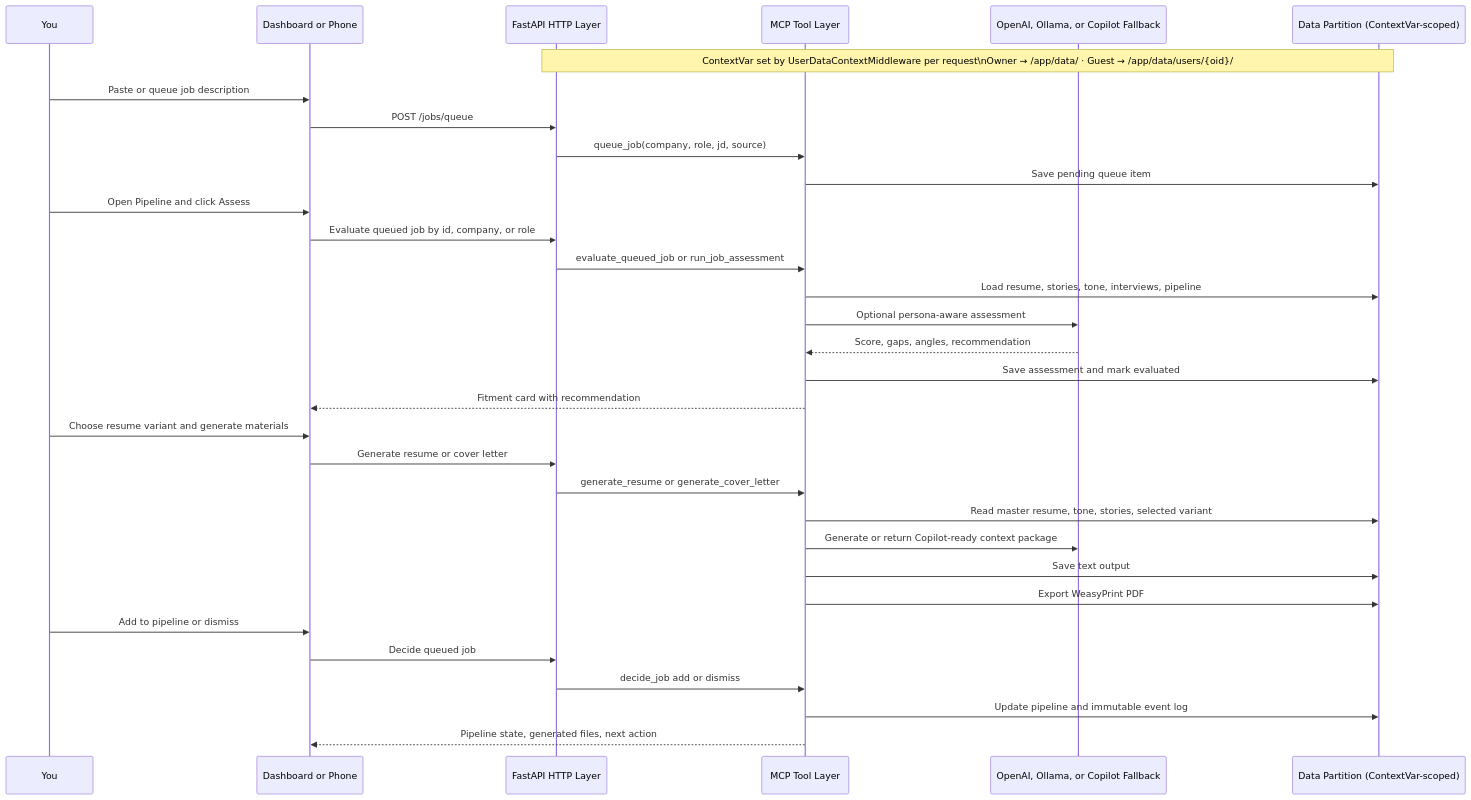
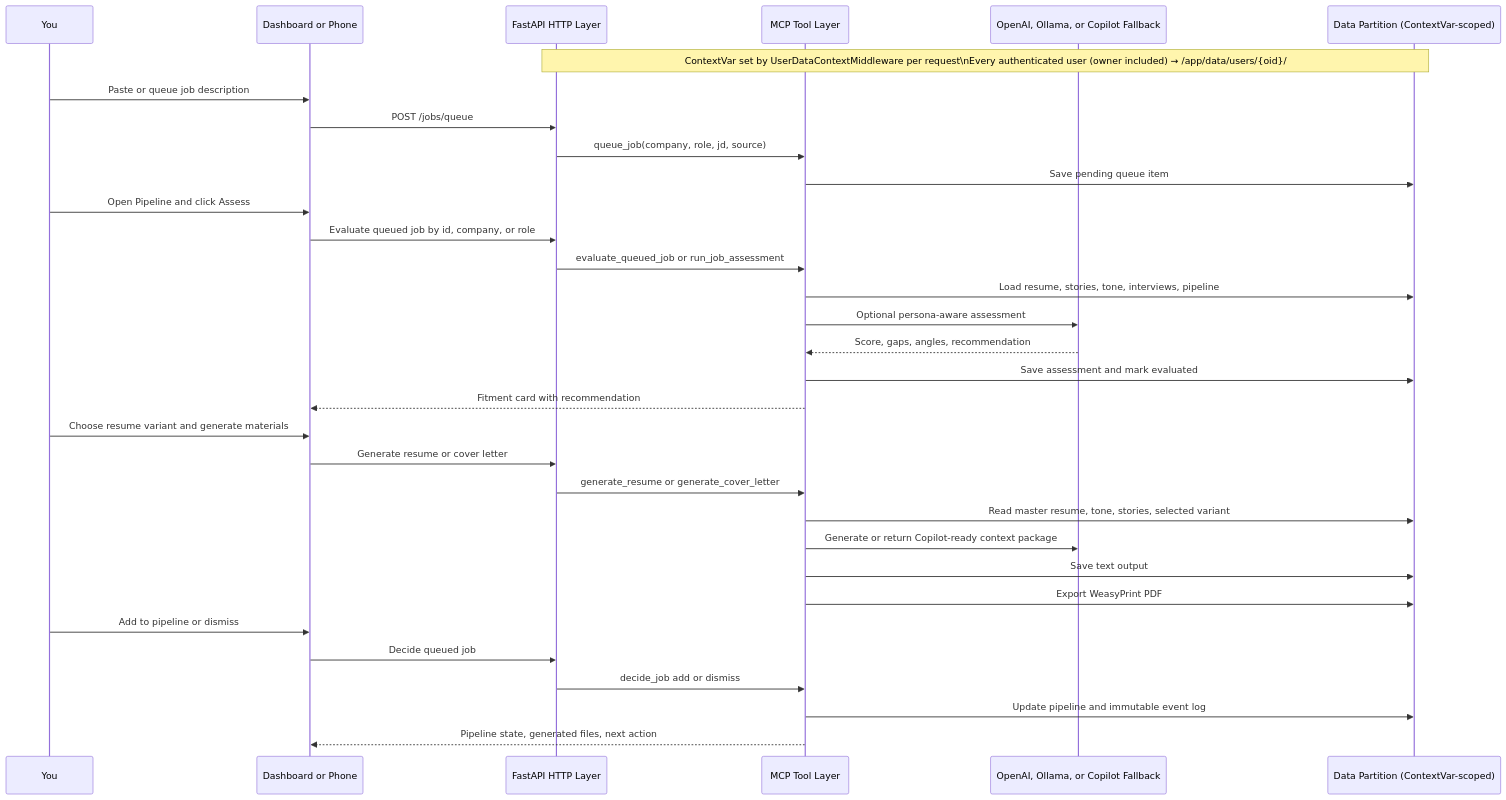
The third of 3 diagrams in README.md (JustLikeFrank3/jobContextMCP), drawn with Mermaid before and after one commit. The commit also changed other lines of this file and 2 other files, not shown here.

````diff
--- a/README.md
+++ b/README.md
@@ -254,39 +254,39 @@
 ```mermaid
 sequenceDiagram
     participant You
     participant UI as Dashboard or Phone
     participant API as FastAPI HTTP Layer
     participant Tools as MCP Tool Layer
     participant LLM as OpenAI, Ollama, or Copilot Fallback
     participant Store as Data Partition (ContextVar-scoped)
 
-    note over API,Store: ContextVar set by UserDataContextMiddleware per request\nOwner → /app/data/  ·  Guest → /app/data/users/{oid}/
+    note over API,Store: ContextVar set by UserDataContextMiddleware per request\nEvery authenticated user (owner included) → /app/data/users/{oid}/
 
     You->>UI: Paste or queue job description
     UI->>API: POST /jobs/queue
     API->>Tools: queue_job(company, role, jd, source)
     Tools->>Store: Save pending queue item
 
     You->>UI: Open Pipeline and click Assess
     UI->>API: Evaluate queued job by id, company, or role
     API->>Tools: evaluate_queued_job or run_job_assessment
     Tools->>Store: Load resume, stories, tone, interviews, pipeline
     Tools->>LLM: Optional persona-aware assessment
     LLM-->>Tools: Score, gaps, angles, recommendation
     Tools->>Store: Save assessment and mark evaluated
     Tools-->>UI: Fitment card with recommendation
 
     You->>UI: Choose resume variant and generate materials
     UI->>API: Generate resume or cover letter
     API->>Tools: generate_resume or generate_cover_letter
     Tools->>Store: Read master resume, tone, stories, selected variant
     Tools->>LLM: Generate or return Copilot-ready context package
     Tools->>Store: Save text output
     Tools->>Store: Export WeasyPrint PDF
 
     You->>UI: Add to pipeline or dismiss
     UI->>API: Decide queued job
     API->>Tools: decide_job add or dismiss
     Tools->>Store: Update pipeline and immutable event log
     Tools-->>UI: Pipeline state, generated files, next action
 ```
````
